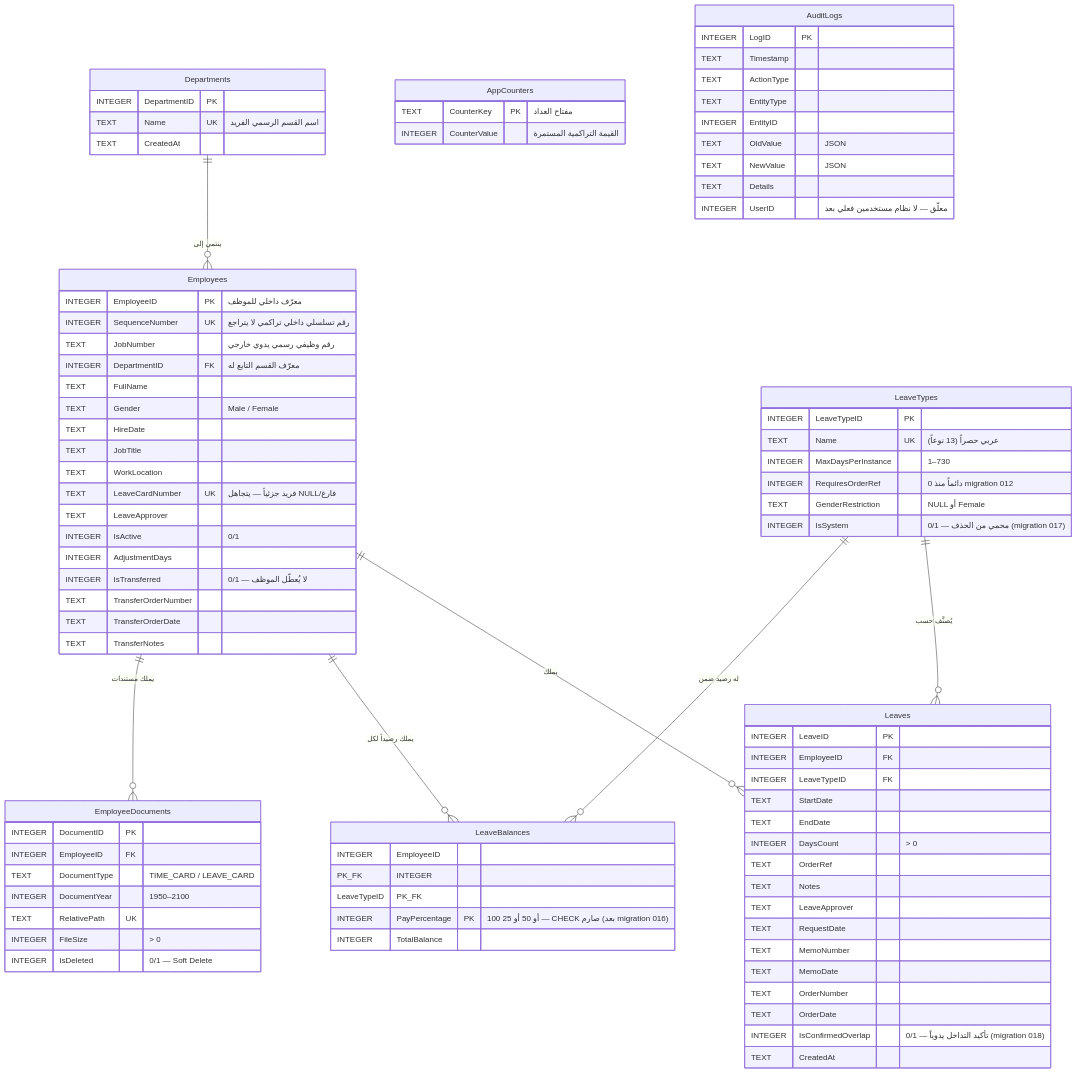
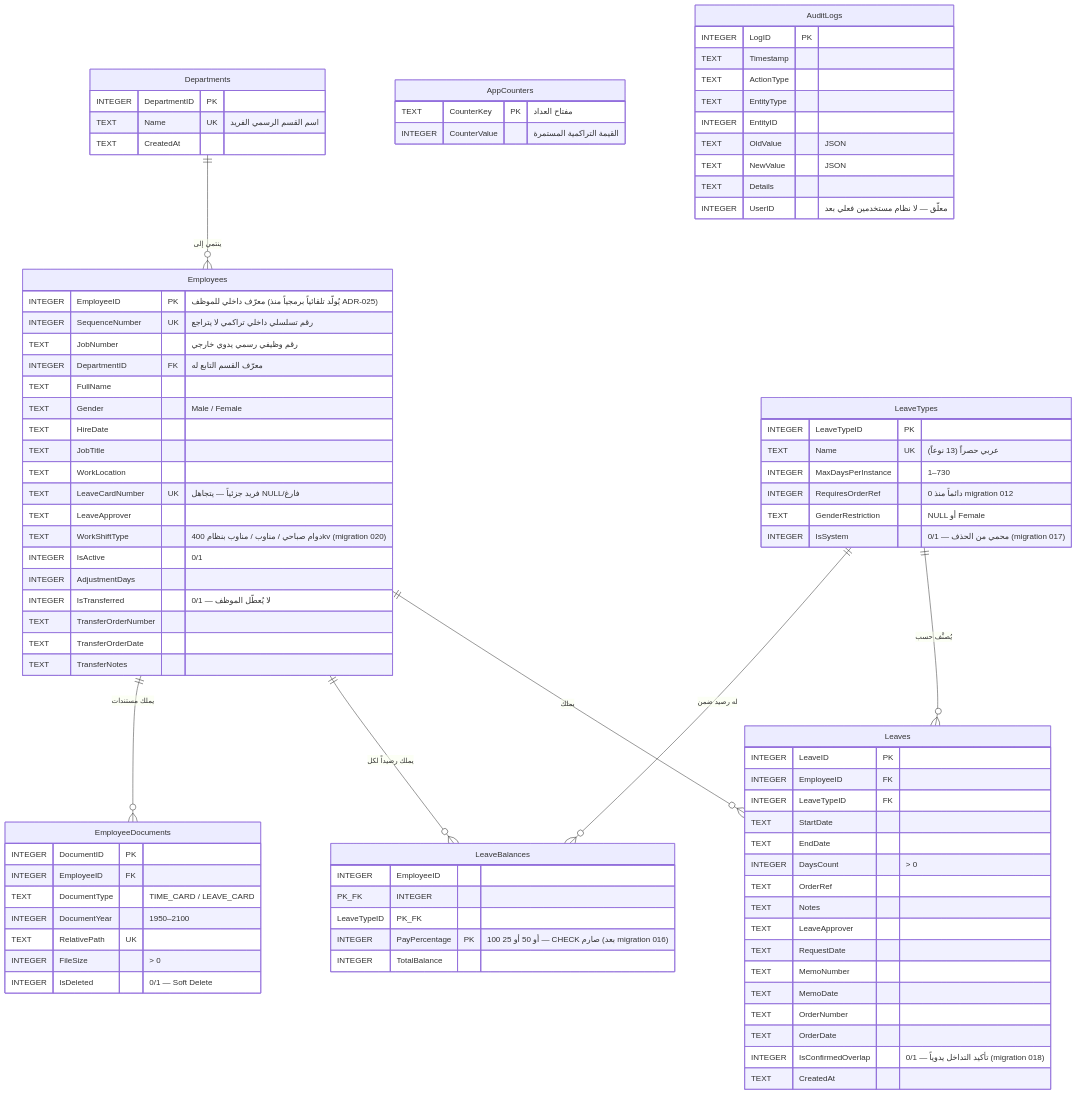
Before and after one commit to sajadmssa/Holidays: the diagram in docs/DATA-MODEL.md, drawn with Mermaid. The commit also changed other lines of this file and 4 other files, not shown here.

Commit message:
docs & scripts: renumber EmployeeID production migration scripts and ADR-025 specification

```diff
--- a/docs/DATA-MODEL.md
+++ b/docs/DATA-MODEL.md
@@ -23,7 +23,7 @@
     }
 
     Employees {
-        INTEGER EmployeeID PK "معرّف داخلي للموظف"
+        INTEGER EmployeeID PK "معرّف داخلي للموظف (يُولَّد تلقائياً برمجياً منذ ADR-025)"
         INTEGER SequenceNumber UK "رقم تسلسلي داخلي تراكمي لا يتراجع"
         TEXT JobNumber "رقم وظيفي رسمي يدوي خارجي"
         INTEGER DepartmentID FK "معرّف القسم التابع له"
@@ -34,6 +34,7 @@
         TEXT WorkLocation
         TEXT LeaveCardNumber UK "فريد جزئياً — يتجاهل NULL/فارغ"
         TEXT LeaveApprover
+        TEXT WorkShiftType "دوام صباحي / مناوب / مناوب بنظام 400kv (migration 020)"
         INTEGER IsActive "0/1"
         INTEGER AdjustmentDays
         INTEGER IsTransferred "0/1 — لا يُعطّل الموظف"
```
